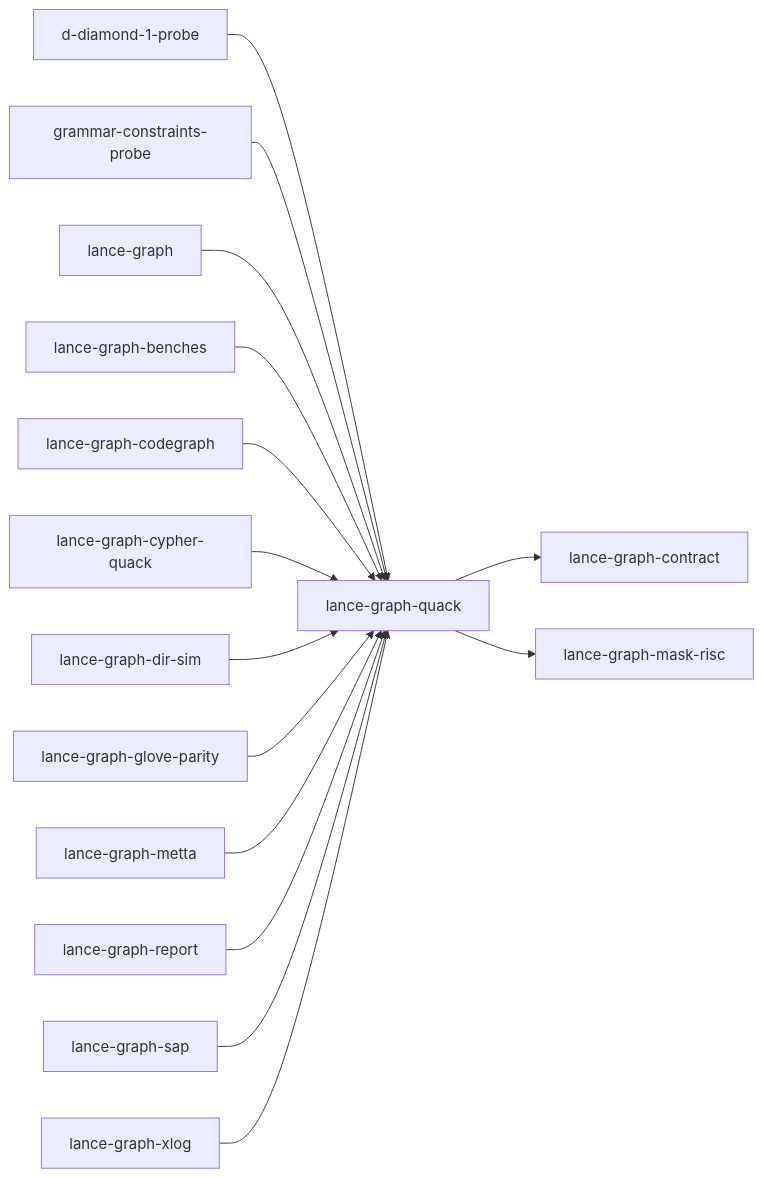
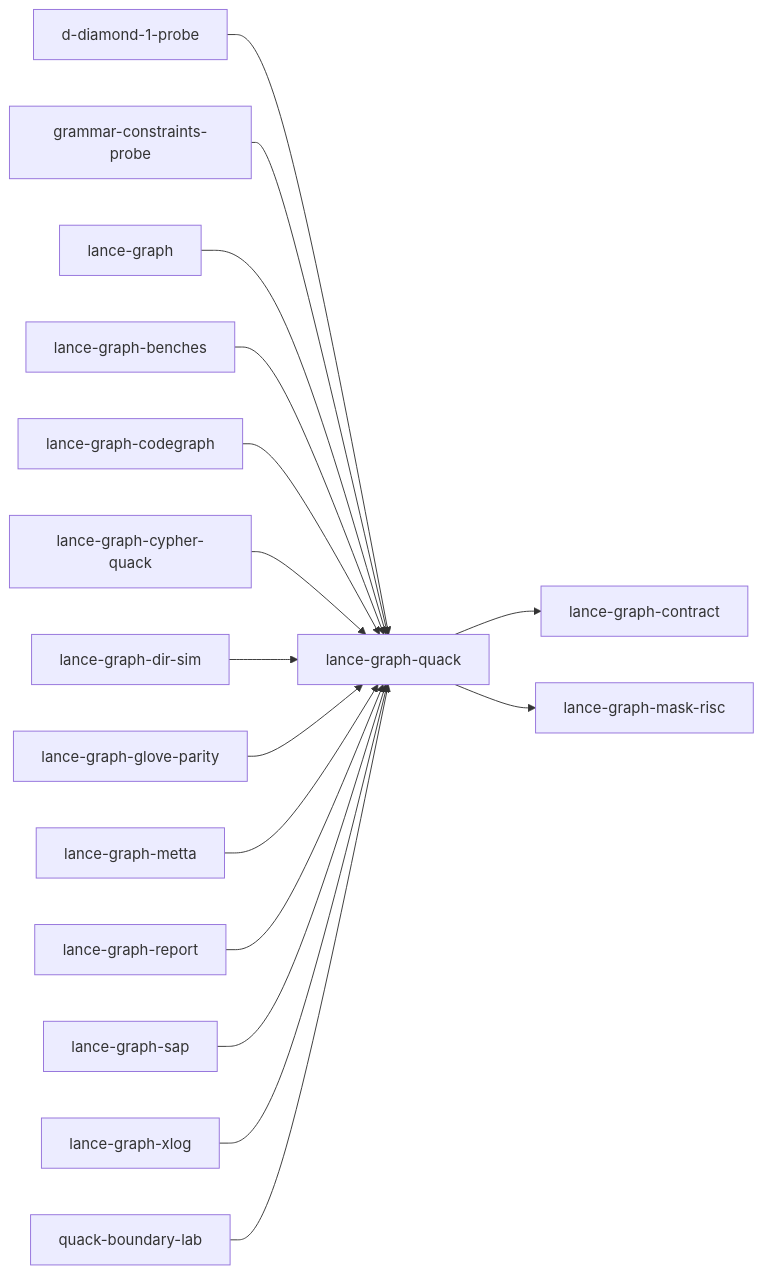
The diagram in .codegraph/crates/lance-graph-quack.index.md (AdaWorldAPI/lance-graph), drawn with Mermaid before and after one commit. The commit also changed other lines of this file and 51 other files, not shown here.

First line of the commit message:
docs(quack-boundary-lab): plan, board entry, status row, indexes

````diff
--- a/.codegraph/crates/lance-graph-quack.index.md
+++ b/.codegraph/crates/lance-graph-quack.index.md
@@ -221,32 +222,34 @@
 ```mermaid
 flowchart LR
   n10["d-diamond-1-probe"]
   n25["grammar-constraints-probe"]
   n33["lance-graph"]
   n37["lance-graph-benches"]
   n41["lance-graph-codegraph"]
   n44["lance-graph-contract"]
   n45["lance-graph-cypher-quack"]
   n46["lance-graph-dir-sim"]
   n49["lance-graph-glove-parity"]
   n52["lance-graph-mask-risc"]
   n53["lance-graph-metta"]
   n62["lance-graph-quack"]
   n66["lance-graph-report"]
   n68["lance-graph-sap"]
   n71["lance-graph-xlog"]
+  n80["quack-boundary-lab"]
   n10 --> n62
   n25 --> n62
   n33 --> n62
   n37 --> n62
   n41 --> n62
   n45 --> n62
   n46 --> n62
   n49 --> n62
   n53 --> n62
   n62 --> n44
   n62 --> n52
   n66 --> n62
   n68 --> n62
   n71 --> n62
+  n80 --> n62
 ```
````
